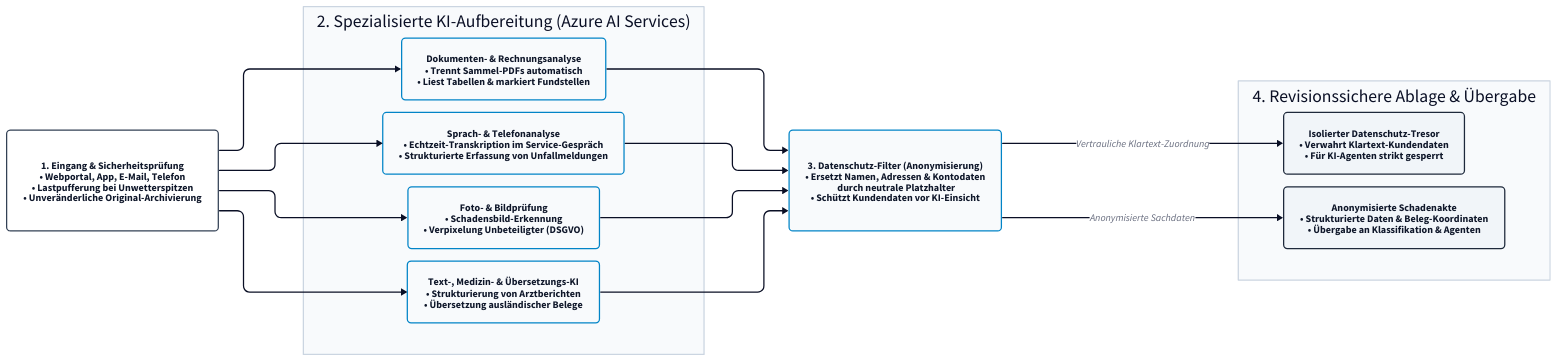
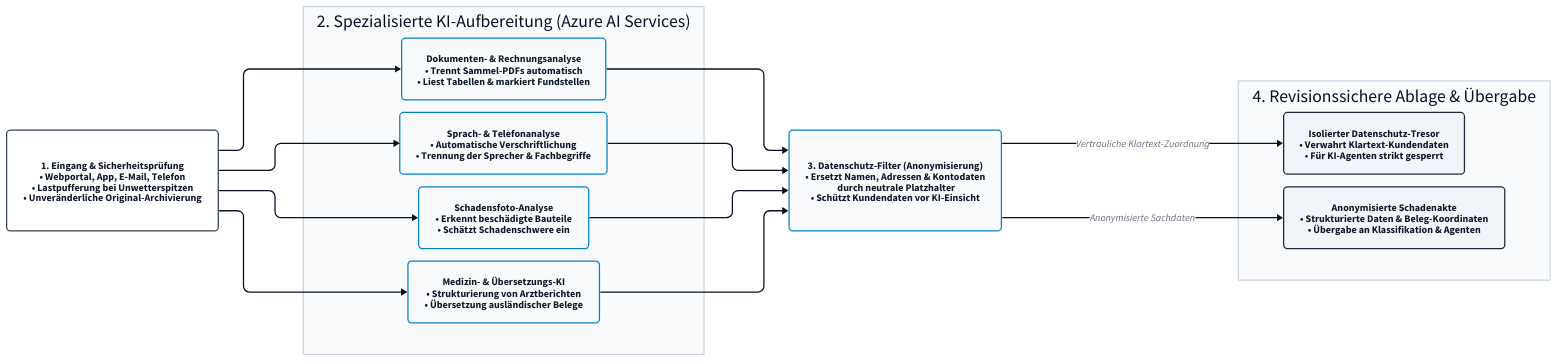
Before and after one commit to Jannis997/InsuranceAgenticClaimsProcessing: the diagram in diagrams/ingestion-workflow.d2, drawn with D2. The commit also changed 16 other files, not shown here.

```diff
--- a/diagrams/ingestion-workflow.d2
+++ b/diagrams/ingestion-workflow.d2
@@ -1,72 +1,72 @@
 # Document Ingestion & Privacy Workflow (Paste into https://play.d2lang.com)
 direction: right
 
 vars: {
   d2-config: {
     layout-engine: elk
     theme-id: 1
   }
 }
 
 classes: {
   box: {
     style: {
       fill: "#ffffff"
       stroke: "#334155"
       stroke-width: 2
       border-radius: 6
       font-color: "#0f172a"
     }
   }
   ai: {
     style: {
       fill: "#f8fafc"
       stroke: "#0284c7"
       stroke-width: 2
       border-radius: 6
       font-color: "#0f172a"
     }
   }
   store: {
     style: {
       fill: "#f1f5f9"
       stroke: "#1e293b"
       stroke-width: 2
       border-radius: 6
       font-color: "#0f172a"
     }
   }
 }
 
 input: "1. Eingang & Sicherheitsprüfung\n• Webportal, App, E-Mail, Telefon\n• Lastpufferung bei Unwetterspitzen\n• Unveränderliche Original-Archivierung" { class: box }
 
 ai_services: "2. Spezialisierte KI-Aufbereitung (Azure AI Services)" {
   style.fill: "#f8fafc"
   style.stroke: "#cbd5e1"
   docs: "Dokumenten- & Rechnungsanalyse\n• Trennt Sammel-PDFs automatisch\n• Liest Tabellen & markiert Fundstellen" { class: ai }
-  speech: "Sprach- & Telefonanalyse\n• Echtzeit-Transkription im Service-Gespräch\n• Strukturierte Erfassung von Unfallmeldungen" { class: ai }
-  vision: "Foto- & Bildprüfung\n• Schadensbild-Erkennung\n• Verpixelung Unbeteiligter (DSGVO)" { class: ai }
-  lang: "Text-, Medizin- & Übersetzungs-KI\n• Strukturierung von Arztberichten\n• Übersetzung ausländischer Belege" { class: ai }
+  speech: "Sprach- & Telefonanalyse\n• Automatische Verschriftlichung\n• Trennung der Sprecher & Fachbegriffe" { class: ai }
+  vision: "Schadensfoto-Analyse\n• Erkennt beschädigte Bauteile\n• Schätzt Schadenschwere ein" { class: ai }
+  lang: "Medizin- & Übersetzungs-KI\n• Strukturierung von Arztberichten\n• Übersetzung ausländischer Belege" { class: ai }
 }
 
 privacy: "3. Datenschutz-Filter (Anonymisierung)\n• Ersetzt Namen, Adressen & Kontodaten\n  durch neutrale Platzhalter\n• Schützt Kundendaten vor KI-Einsicht" { class: ai }
 
 outputs: "4. Revisionssichere Ablage & Übergabe" {
   style.fill: "#f8fafc"
   style.stroke: "#cbd5e1"
   vault: "Isolierter Datenschutz-Tresor\n• Verwahrt Klartext-Kundendaten\n• Für KI-Agenten strikt gesperrt" { class: store }
   state: "Anonymisierte Schadenakte\n• Strukturierte Daten & Beleg-Koordinaten\n• Übergabe an Klassifikation & Agenten" { class: store }
 }
 
 input -> ai_services.docs
 input -> ai_services.speech
 input -> ai_services.vision
 input -> ai_services.lang
 
 ai_services.docs -> privacy
 ai_services.speech -> privacy
 ai_services.vision -> privacy
 ai_services.lang -> privacy
 
 privacy -> outputs.vault: "Vertrauliche Klartext-Zuordnung"
 privacy -> outputs.state: "Anonymisierte Sachdaten"
```
